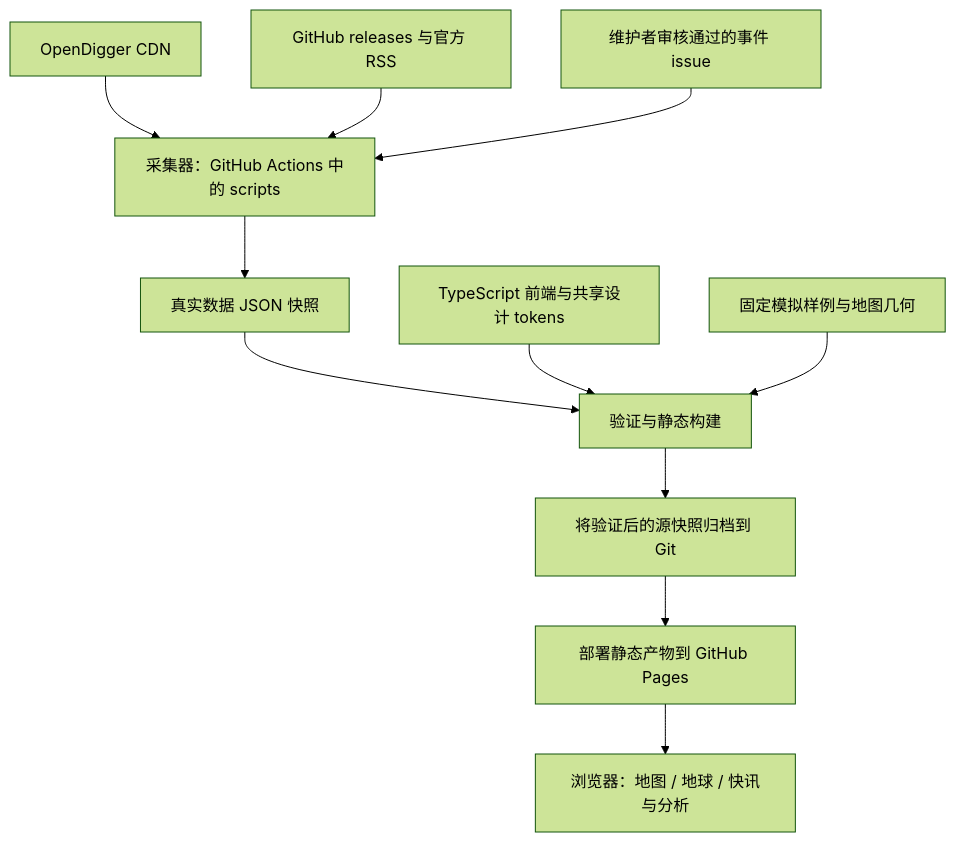
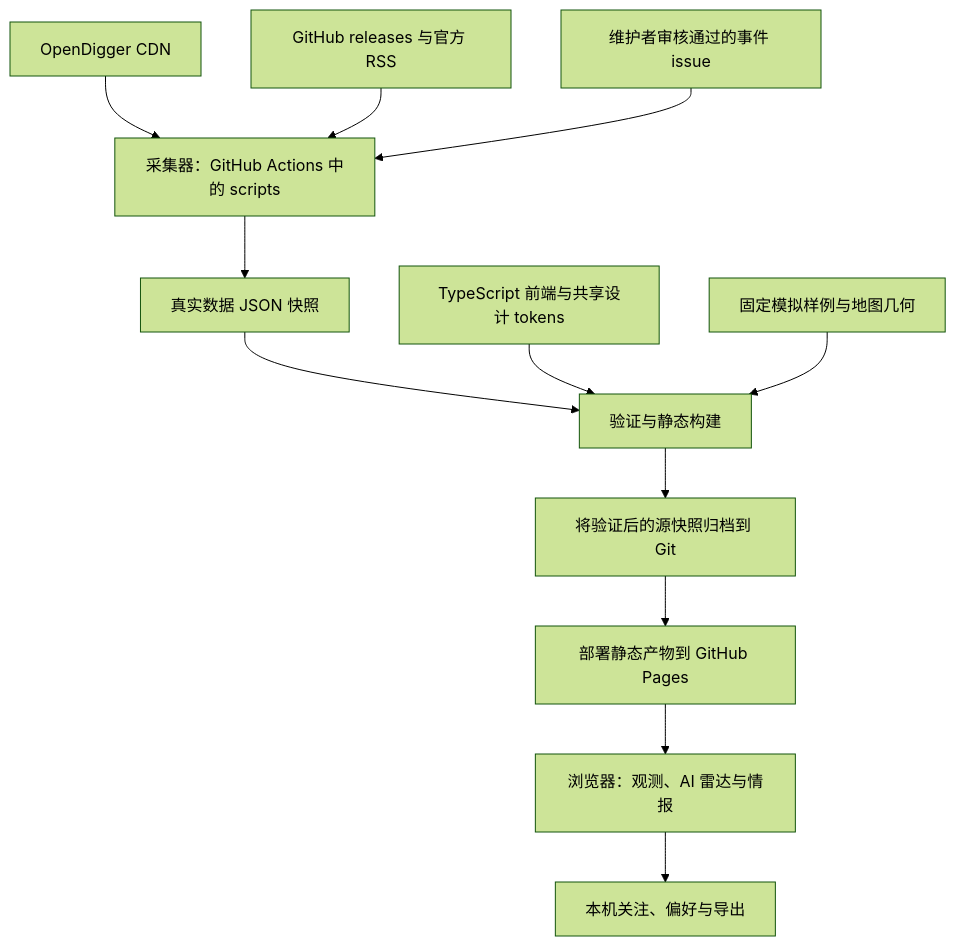
Before and after one commit to X-lab2017/open-dipper: the second of 2 diagrams in README.zh-CN.md, drawn with Mermaid (forest theme). The commit also changed other lines of this file and 31 other files, not shown here.

````diff
--- a/README.zh-CN.md
+++ b/README.zh-CN.md
@@ -104,13 +111,14 @@
 ```mermaid
 flowchart TD
   OD["OpenDigger CDN"] --> C["采集器：GitHub Actions 中的 scripts"]
   FE["GitHub releases 与官方 RSS"] --> C
   ED["维护者审核通过的事件 issue"] --> C
   C --> S["真实数据 JSON 快照"]
   S --> Q["验证与静态构建"]
   UI["TypeScript 前端与共享设计 tokens"] --> Q
   FX["固定模拟样例与地图几何"] --> Q
   Q --> A["将验证后的源快照归档到 Git"]
   A --> P["部署静态产物到 GitHub Pages"]
-  P --> B["浏览器：地图 / 地球 / 快讯与分析"]
+  P --> B["浏览器：观测、AI 雷达与情报"]
+  B --> L["本机关注、偏好与导出"]
 ```
````
